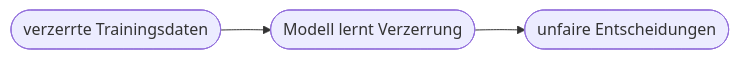
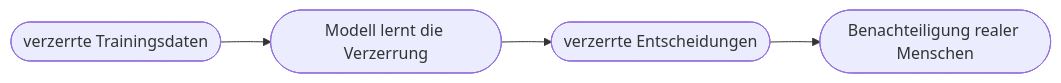
One commit to Qualidy/Prompt-Engineering-KI-in-der-Arbeitswelt changed the diagram in docs/content/kapitel31.md. Above: the diagram before and after it, drawn with Mermaid. The commit also changed other lines of this file and 80 other files, not shown here.

````diff
--- a/docs/content/kapitel31.md
+++ b/docs/content/kapitel31.md
@@ -26,5 +30,6 @@
 ```mermaid
 flowchart LR
-    A([verzerrte Trainingsdaten]) --> B([Modell lernt Verzerrung])
-    B --> C([unfaire Entscheidungen])
+    A([verzerrte Trainingsdaten]) --> B([Modell lernt die Verzerrung])
+    B --> C([verzerrte Entscheidungen])
+    C --> D([Benachteiligung realer Menschen])
 ```
````
